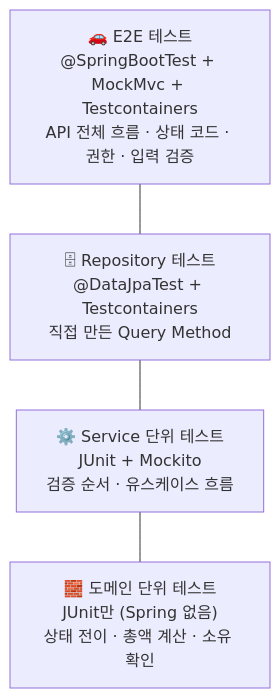
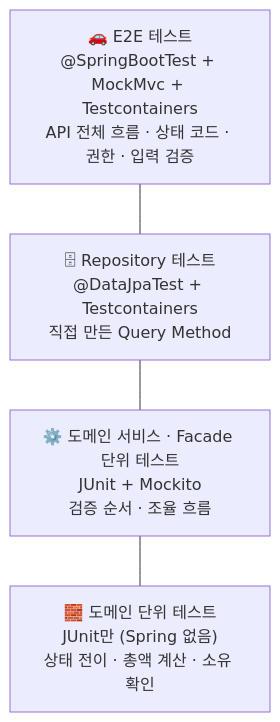
The first of 2 diagrams in docs/design/07-test-strategy.md (dd-jiny/delivery-order-backend), drawn with Mermaid before and after one commit. The commit also changed other lines of this file and 39 other files, not shown here.

````diff
--- a/docs/design/07-test-strategy.md
+++ b/docs/design/07-test-strategy.md
@@ -39,8 +41,8 @@
 ```mermaid
 flowchart TB
     E2E["🚗 E2E 테스트<br>@SpringBootTest + MockMvc + Testcontainers<br>API 전체 흐름 · 상태 코드 · 권한 · 입력 검증"]
     REPO["🗄 Repository 테스트<br>@DataJpaTest + Testcontainers<br>직접 만든 Query Method"]
-    SVC["⚙️ Service 단위 테스트<br>JUnit + Mockito<br>검증 순서 · 유스케이스 흐름"]
+    SVC["⚙️ 도메인 서비스 · Facade 단위 테스트<br>JUnit + Mockito<br>검증 순서 · 조율 흐름"]
     DOM["🧱 도메인 단위 테스트<br>JUnit만 (Spring 없음)<br>상태 전이 · 총액 계산 · 소유 확인"]
     E2E --- REPO --- SVC --- DOM
 ```
````
